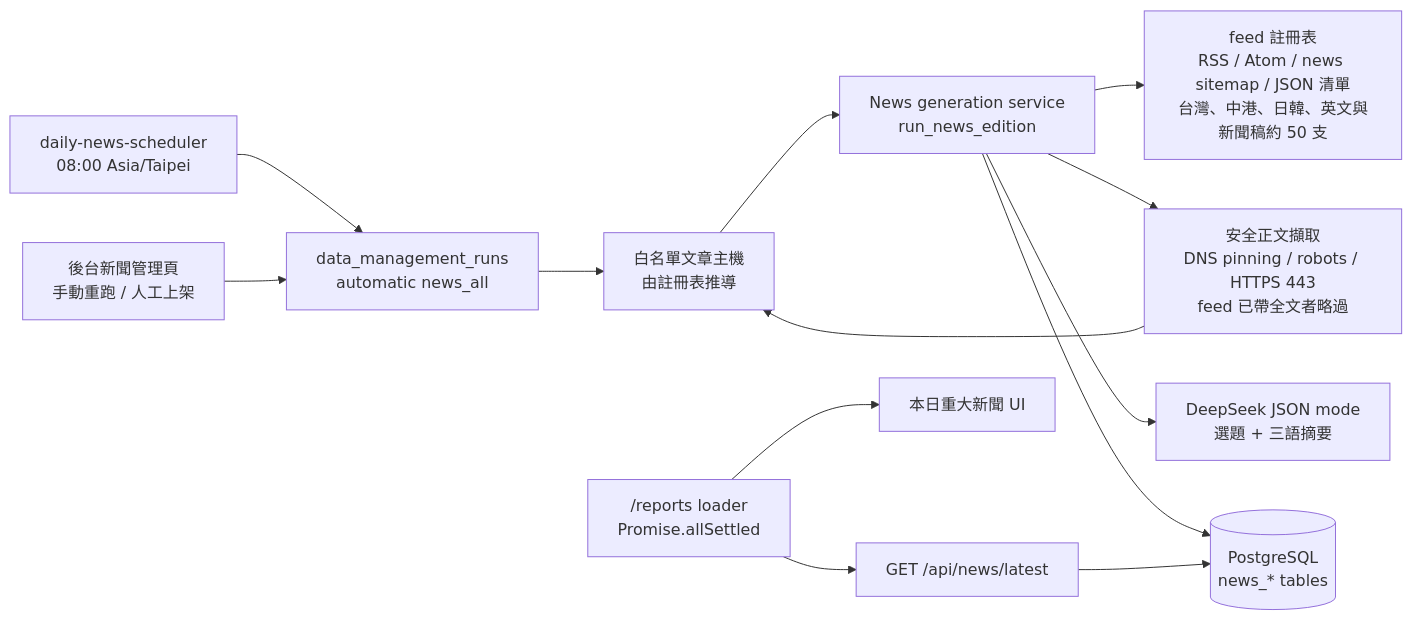
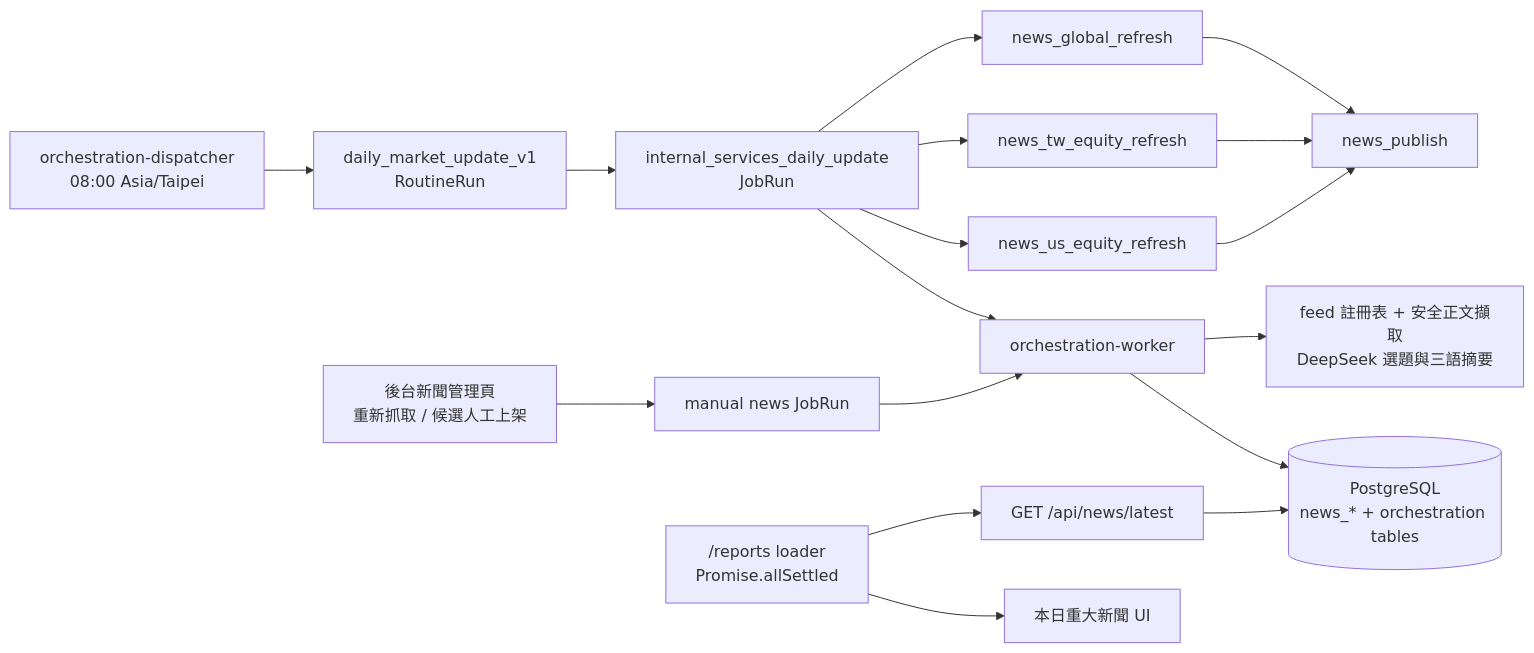
One commit to FPI-TW/daily-insights changed the diagram in docs/architecture/daily-news.md. Above: the diagram before and after it, drawn with Mermaid. The commit also changed other lines of this file and 90 other files, not shown here.

````diff
--- a/docs/architecture/daily-news.md
+++ b/docs/architecture/daily-news.md
@@ -26,15 +26,19 @@
 ```mermaid
 flowchart LR
-    S["daily-news-scheduler<br/>08:00 Asia/Taipei"] --> Q["data_management_runs<br/>automatic news_all"]
-    Q --> W["data-management-worker"]
-    W --> G["News generation service<br/>run_news_edition"]
-    M["後台新聞管理頁<br/>手動重跑 / 人工上架"] --> Q
-    G --> F["feed 註冊表<br/>RSS / Atom / news sitemap / JSON 清單<br/>台灣、中港、日韓、英文與新聞稿約 50 支"]
-    G --> X["安全正文擷取<br/>DNS pinning / robots / HTTPS 443<br/>feed 已帶全文者略過"]
-    X --> W["白名單文章主機<br/>由註冊表推導"]
-    G --> L["DeepSeek JSON mode<br/>選題 + 三語摘要"]
-    G --> P[("PostgreSQL<br/>news_* tables")]
-    R["/reports loader<br/>Promise.allSettled"] --> A["GET /api/news/latest"]
-    A --> P
-    R --> U["本日重大新聞 UI"]
+    S["orchestration-dispatcher<br/>08:00 Asia/Taipei"] --> R["daily_market_update_v1<br/>RoutineRun"]
+    R --> J["internal_services_daily_update<br/>JobRun"]
+    J --> G["news_global_refresh"]
+    J --> T["news_tw_equity_refresh"]
+    J --> U["news_us_equity_refresh"]
+    G --> P["news_publish"]
+    T --> P
+    U --> P
+    M["後台新聞管理頁<br/>重新抓取 / 候選人工上架"] --> MJ["manual news JobRun"]
+    MJ --> W["orchestration-worker"]
+    J --> W
+    W --> F["feed 註冊表 + 安全正文擷取<br/>DeepSeek 選題與三語摘要"]
+    W --> DB[("PostgreSQL<br/>news_* + orchestration tables")]
+    LR["/reports loader<br/>Promise.allSettled"] --> A["GET /api/news/latest"]
+    A --> DB
+    LR --> UI["本日重大新聞 UI"]
 ```
````
